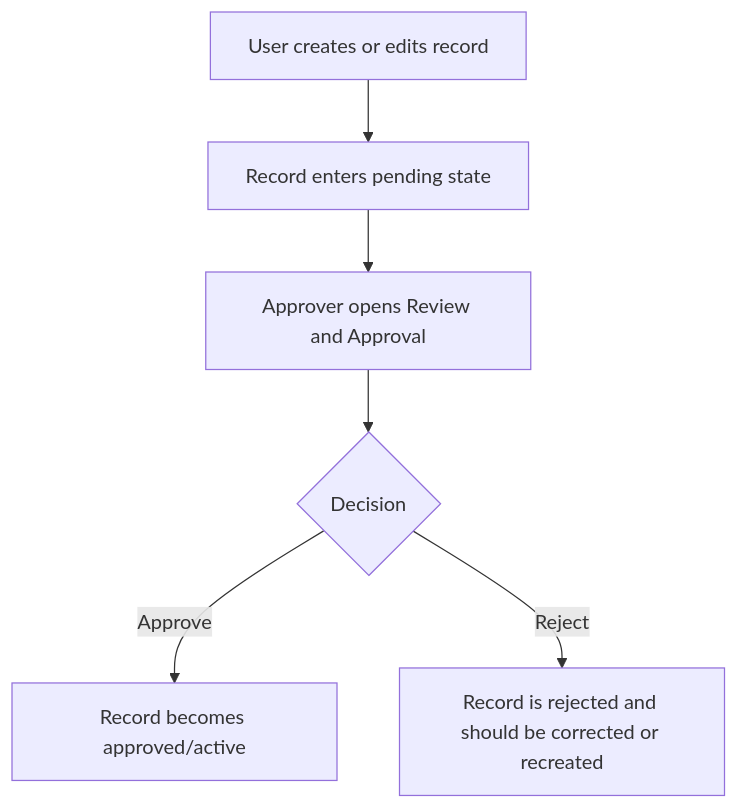
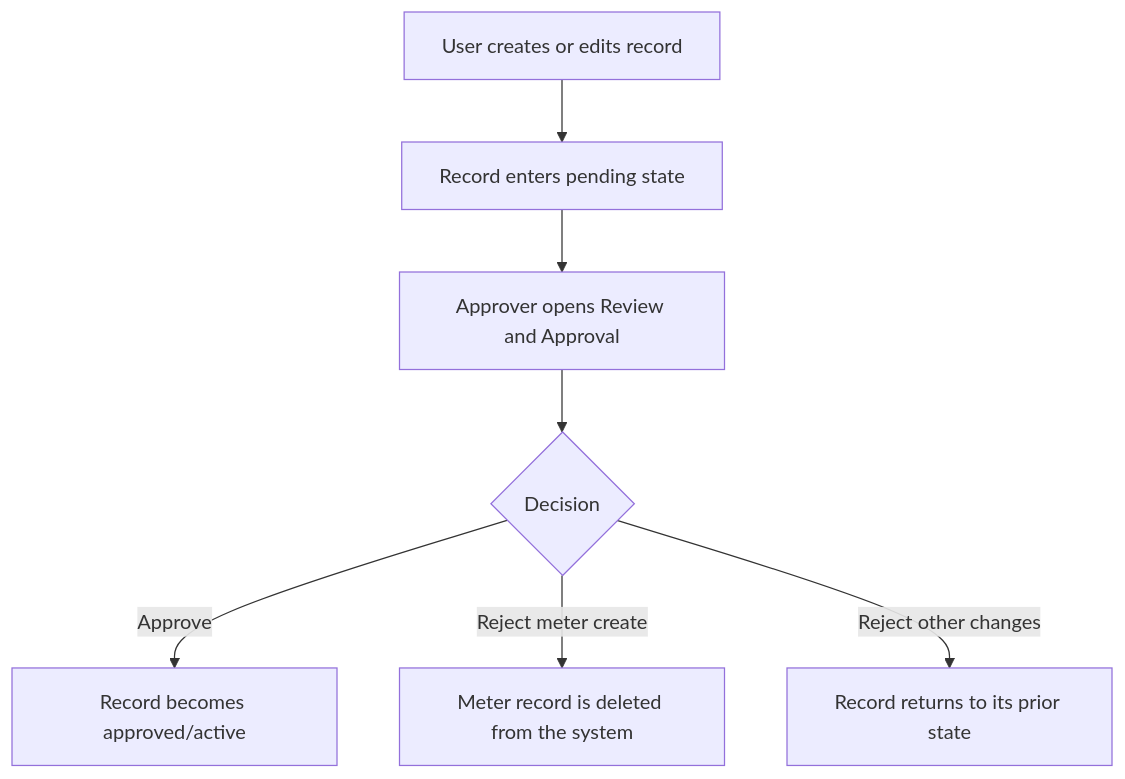
One commit to memmcolapps/gridflex-frontend changed the third of 5 diagrams in docs/project-onboarding-guide.md. Above: the diagram before and after it, drawn with Mermaid. The commit also changed other lines of this file, not shown here.

Commit message:
feat: update onboarding guide to clarify adjustment processes and improve user flow

````diff
--- a/docs/project-onboarding-guide.md
+++ b/docs/project-onboarding-guide.md
@@ -383,8 +403,9 @@
 ```mermaid
 flowchart TD
   A["User creates or edits record"] --> B["Record enters pending state"]
   B --> C["Approver opens Review and Approval"]
   C --> D{"Decision"}
   D -->|Approve| E["Record becomes approved/active"]
-  D -->|Reject| F["Record is rejected and should be corrected or recreated"]
+  D -->|Reject meter create| F["Meter record is deleted from the system"]
+  D -->|Reject other changes| G["Record returns to its prior state"]
 ```
````
